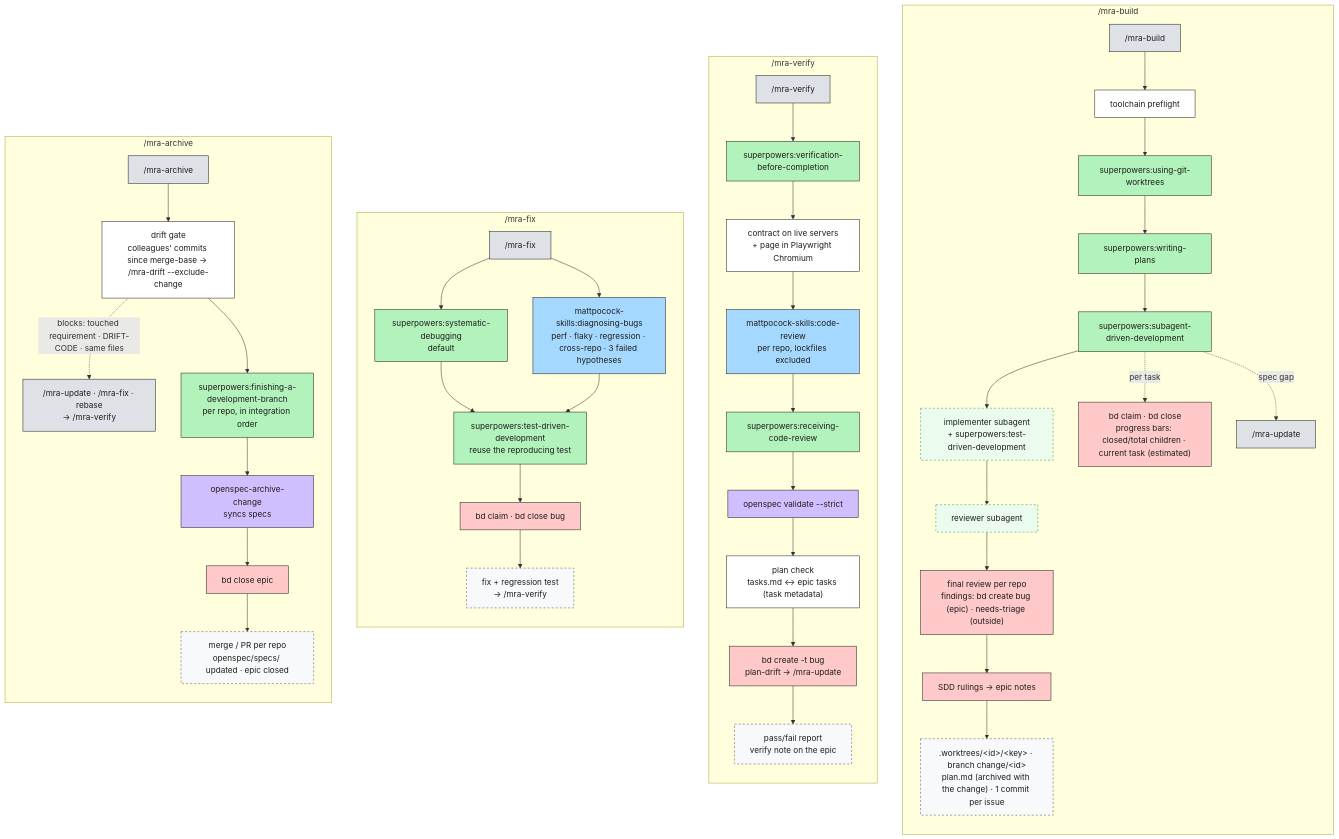
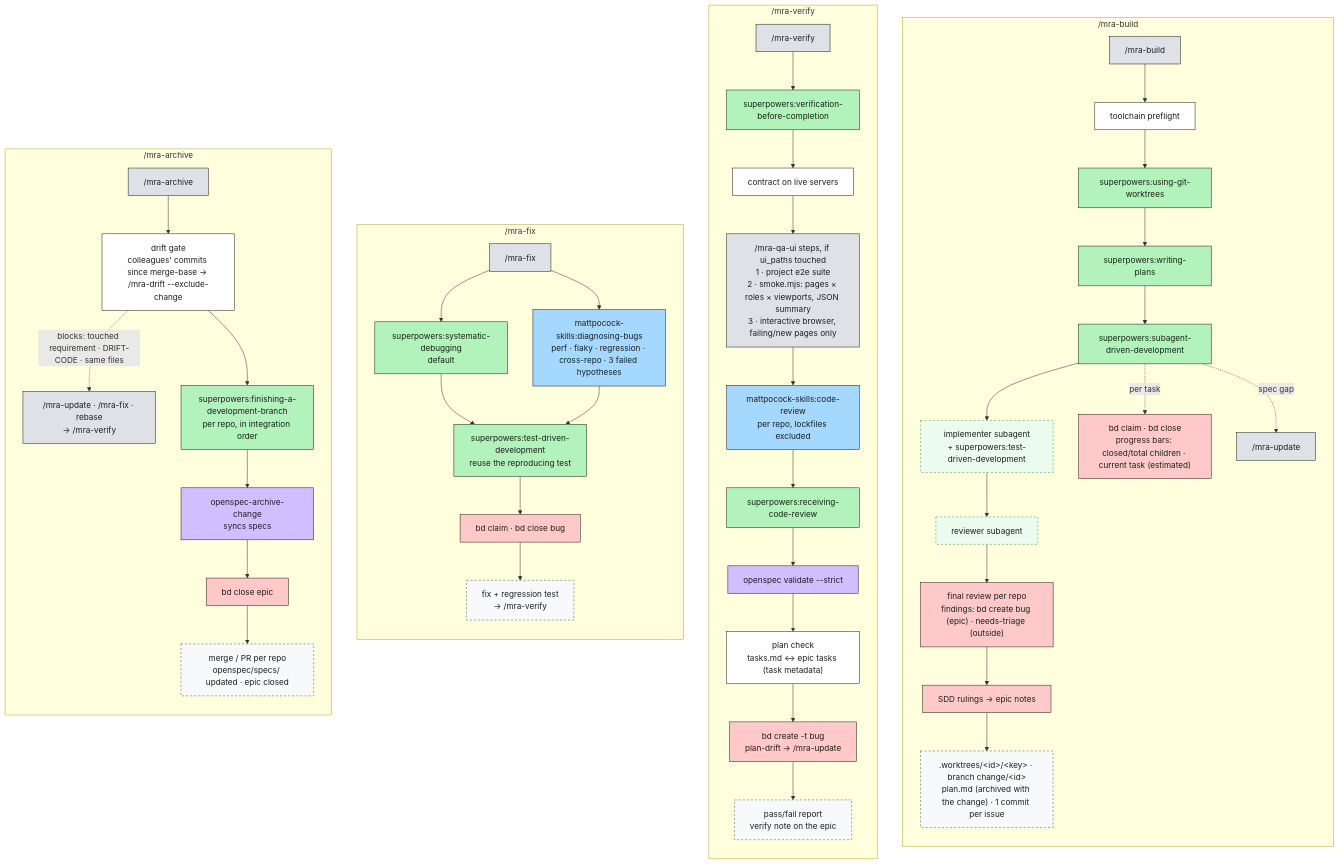
Before and after one commit to Ancora-Ancora/mra-flow: the third of 5 diagrams in payload/orchestrator/.mra-flow/docs/mra-flow.md, drawn with Mermaid. The commit also changed other lines of this file and 17 other files, not shown here.

First line of the commit message:
Add /mra-qa-ui: UI checks in a real browser during verify; release 0.1.16

````diff
--- a/payload/orchestrator/.mra-flow/docs/mra-flow.md
+++ b/payload/orchestrator/.mra-flow/docs/mra-flow.md
@@ -107,55 +110,56 @@
 ```mermaid
 flowchart TB
     classDef phase fill:#dee2e6,stroke:#1e1e1e,color:#1e1e1e
     classDef mpwrap fill:#ffec99,stroke:#1e1e1e,color:#1e1e1e
     classDef sp fill:#b2f2bb,stroke:#1e1e1e,color:#1e1e1e
     classDef mp fill:#a5d8ff,stroke:#1e1e1e,color:#1e1e1e
     classDef os fill:#d0bfff,stroke:#1e1e1e,color:#1e1e1e
     classDef bd fill:#ffc9c9,stroke:#1e1e1e,color:#1e1e1e
     classDef art fill:#f8f9fa,stroke:#495057,stroke-dasharray:4 4,color:#1e1e1e
     classDef sub fill:#ebfbee,stroke:#2f9e44,stroke-dasharray:4 4,color:#1e1e1e
     classDef step fill:#ffffff,stroke:#1e1e1e,color:#1e1e1e
 
     subgraph BU["/mra-build"]
         direction TB
         bu["/mra-build"]:::phase --> bu0["toolchain preflight"]:::step
         bu0 --> bu1["superpowers:using-git-worktrees"]:::sp
         bu1 --> bu2["superpowers:writing-plans"]:::sp
         bu2 --> bu3["superpowers:subagent-driven-development"]:::sp
         bu3 --> bu4["implementer subagent<br/>+ superpowers:test-driven-development"]:::sub
         bu4 --> bu5["reviewer subagent"]:::sub
         bu3 -. per task .-> bu6["bd claim · bd close<br/>progress bars: closed/total children · current task (estimated)"]:::bd
         bu3 -. spec gap .-> bu7["/mra-update"]:::phase
         bu5 --> bu8["final review per repo<br/>findings: bd create bug (epic) · needs-triage (outside)"]:::bd
         bu8 --> bu9["SDD rulings → epic notes"]:::bd
         bu9 --> buA[".worktrees/#lt;id#gt;/#lt;key#gt; · branch change/#lt;id#gt;<br/>plan.md (archived with the change) · 1 commit per issue"]:::art
     end
     subgraph VE["/mra-verify"]
         direction TB
         ve["/mra-verify"]:::phase --> ve1["superpowers:verification-before-completion"]:::sp
-        ve1 --> ve6["contract on live servers<br/>+ page in Playwright Chromium"]:::step
-        ve6 --> ve2["mattpocock-skills:code-review<br/>per repo, lockfiles excluded"]:::mp
+        ve1 --> ve6["contract on live servers"]:::step
+        ve6 --> ve8["/mra-qa-ui steps, if ui_paths touched<br/>1 · project e2e suite<br/>2 · smoke.mjs: pages × roles × viewports, JSON summary<br/>3 · interactive browser, failing/new pages only"]:::phase
+        ve8 --> ve2["mattpocock-skills:code-review<br/>per repo, lockfiles excluded"]:::mp
         ve2 --> ve3["superpowers:receiving-code-review"]:::sp
         ve3 --> ve4["openspec validate --strict"]:::os
         ve4 --> ve7["plan check<br/>tasks.md ↔ epic tasks (task metadata)"]:::step
         ve7 --> ve5["bd create -t bug<br/>plan-drift → /mra-update"]:::bd
         ve5 --> veA["pass/fail report<br/>verify note on the epic"]:::art
     end
     subgraph FX["/mra-fix"]
         direction TB
         fx["/mra-fix"]:::phase --> fx1["superpowers:systematic-debugging<br/>default"]:::sp
         fx --> fx2["mattpocock-skills:diagnosing-bugs<br/>perf · flaky · regression · cross-repo · 3 failed hypotheses"]:::mp
         fx1 & fx2 --> fx3["superpowers:test-driven-development<br/>reuse the reproducing test"]:::sp
         fx3 --> fx4["bd claim · bd close bug"]:::bd
         fx4 --> fxA["fix + regression test<br/>→ /mra-verify"]:::art
     end
     subgraph AR["/mra-archive"]
         direction TB
         ar["/mra-archive"]:::phase --> ar0["drift gate<br/>colleagues' commits since merge-base → /mra-drift --exclude-change"]:::step
         ar0 -. "blocks: touched requirement · DRIFT-CODE · same files" .-> ar0b["/mra-update · /mra-fix · rebase<br/>→ /mra-verify"]:::phase
         ar0 --> ar1["superpowers:finishing-a-development-branch<br/>per repo, in integration order"]:::sp
         ar1 --> ar2["openspec-archive-change<br/>syncs specs"]:::os
         ar2 --> ar3["bd close epic"]:::bd
         ar3 --> arA["merge / PR per repo<br/>openspec/specs/ updated · epic closed"]:::art
     end
 ```
````
